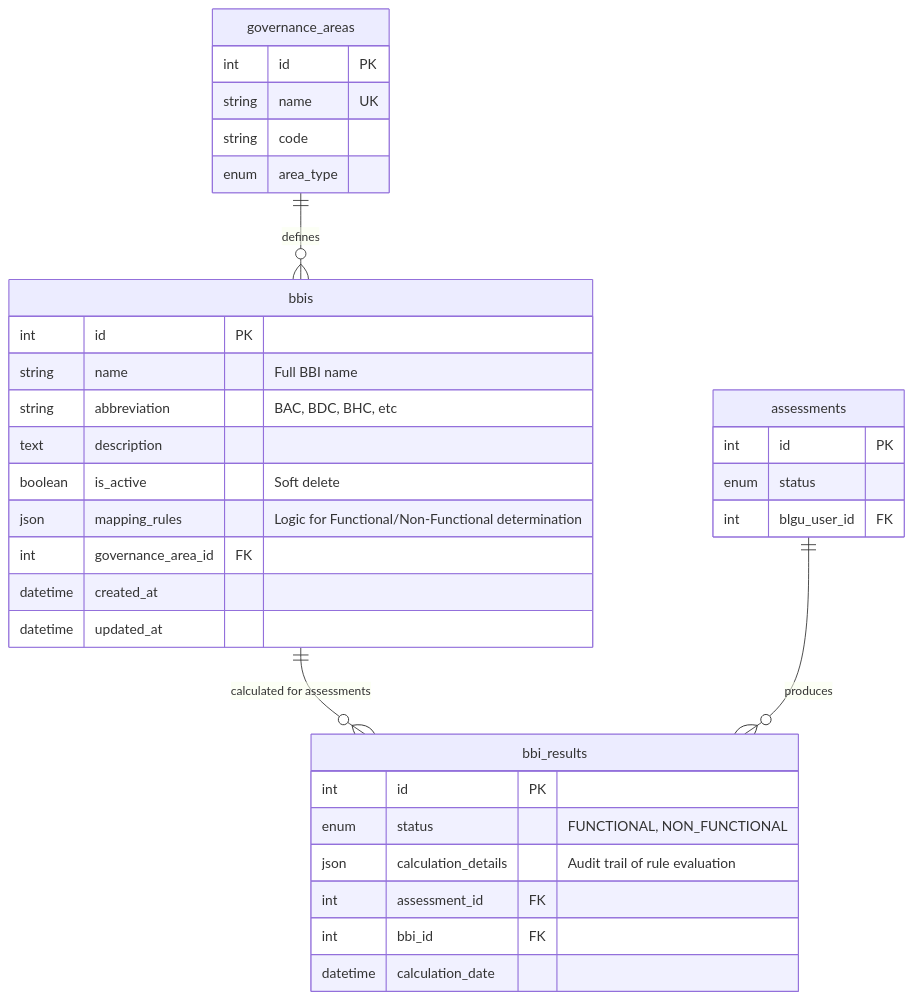
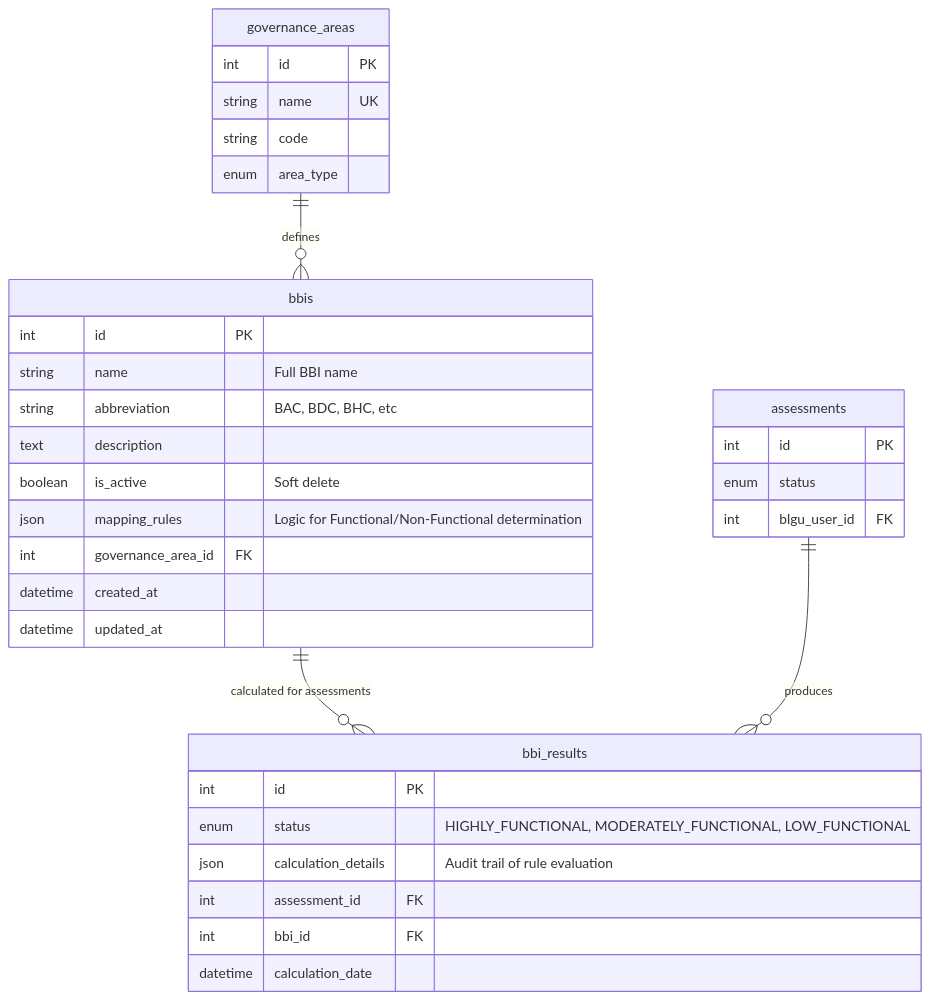
One commit to generyand/sinag changed the sixth of 8 diagrams in docs/architecture/database-schema.md. Above: the diagram before and after it, drawn with Mermaid. The commit also changed other lines of this file and 9 other files, not shown here.

First line of the commit message:
docs: Update architecture documentation and clean up stale files

````diff
--- a/docs/architecture/database-schema.md
+++ b/docs/architecture/database-schema.md
@@ -648,40 +748,40 @@
 ```mermaid
 erDiagram
     governance_areas ||--o{ bbis : "defines"
     bbis ||--o{ bbi_results : "calculated for assessments"
     assessments ||--o{ bbi_results : "produces"
 
     bbis {
         int id PK
         string name "Full BBI name"
         string abbreviation "BAC, BDC, BHC, etc"
         text description
         boolean is_active "Soft delete"
         json mapping_rules "Logic for Functional/Non-Functional determination"
         int governance_area_id FK
         datetime created_at
         datetime updated_at
     }
 
     bbi_results {
         int id PK
-        enum status "FUNCTIONAL, NON_FUNCTIONAL"
+        enum status "HIGHLY_FUNCTIONAL, MODERATELY_FUNCTIONAL, LOW_FUNCTIONAL"
         json calculation_details "Audit trail of rule evaluation"
         int assessment_id FK
         int bbi_id FK
         datetime calculation_date
     }
 
     governance_areas {
         int id PK
         string name UK
         string code
         enum area_type
     }
 
     assessments {
         int id PK
         enum status
         int blgu_user_id FK
     }
 ```
````
